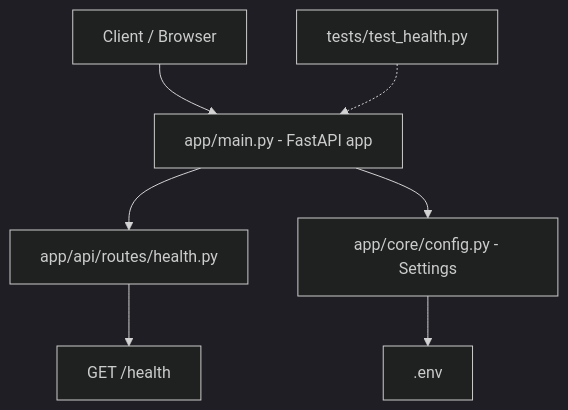
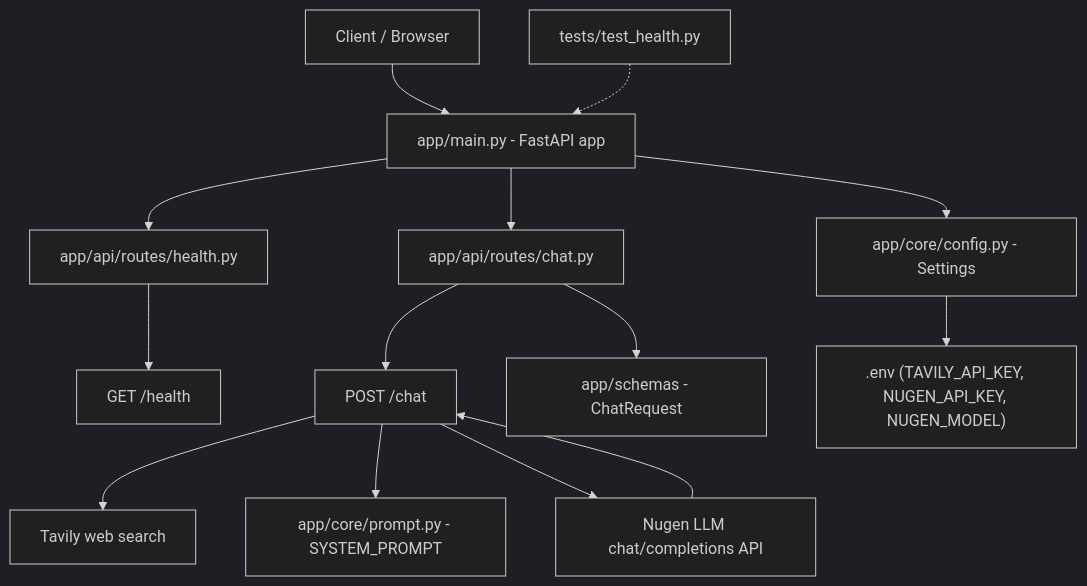
Before and after one commit to vibhaw1904/websearchengine: the diagram in backend/flowdiagram.md, drawn with Mermaid (dark theme). The commit also changed other lines of this file and 5 other files, not shown here.

Commit message:
[add]:working chat endpoint

````diff
--- a/backend/flowdiagram.md
+++ b/backend/flowdiagram.md
@@ -8,9 +8,21 @@
 ```mermaid
 flowchart TD
     Client[Client / Browser] --> Main[app/main.py - FastAPI app]
-    Main --> Router[app/api/routes/health.py]
-    Router --> HealthEndpoint["GET /health"]
+
+    Main --> HealthRouter[app/api/routes/health.py]
+    HealthRouter --> HealthEndpoint["GET /health"]
+
+    Main --> ChatRouter[app/api/routes/chat.py]
+    ChatRouter --> ChatEndpoint["POST /chat"]
+    ChatEndpoint --> Tavily[Tavily web search]
+    ChatEndpoint --> SystemPrompt[app/core/prompt.py - SYSTEM_PROMPT]
+    ChatEndpoint --> Nugen[Nugen LLM chat/completions API]
+    Nugen --> ChatEndpoint
+
     Main --> Config[app/core/config.py - Settings]
-    Config --> EnvFile[.env]
+    Config --> EnvFile[".env (TAVILY_API_KEY, NUGEN_API_KEY, NUGEN_MODEL)"]
+
+    ChatRouter --> Schemas[app/schemas - ChatRequest]
+
     Tests[tests/test_health.py] -.-> Main
 ```
````
